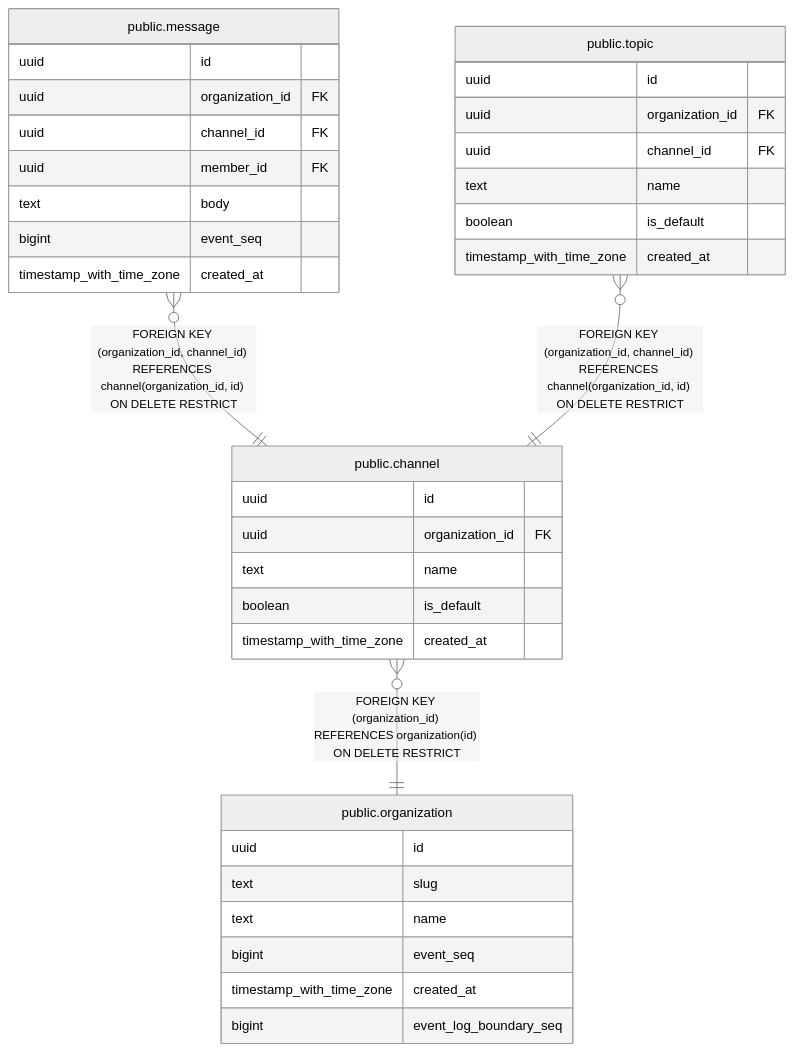
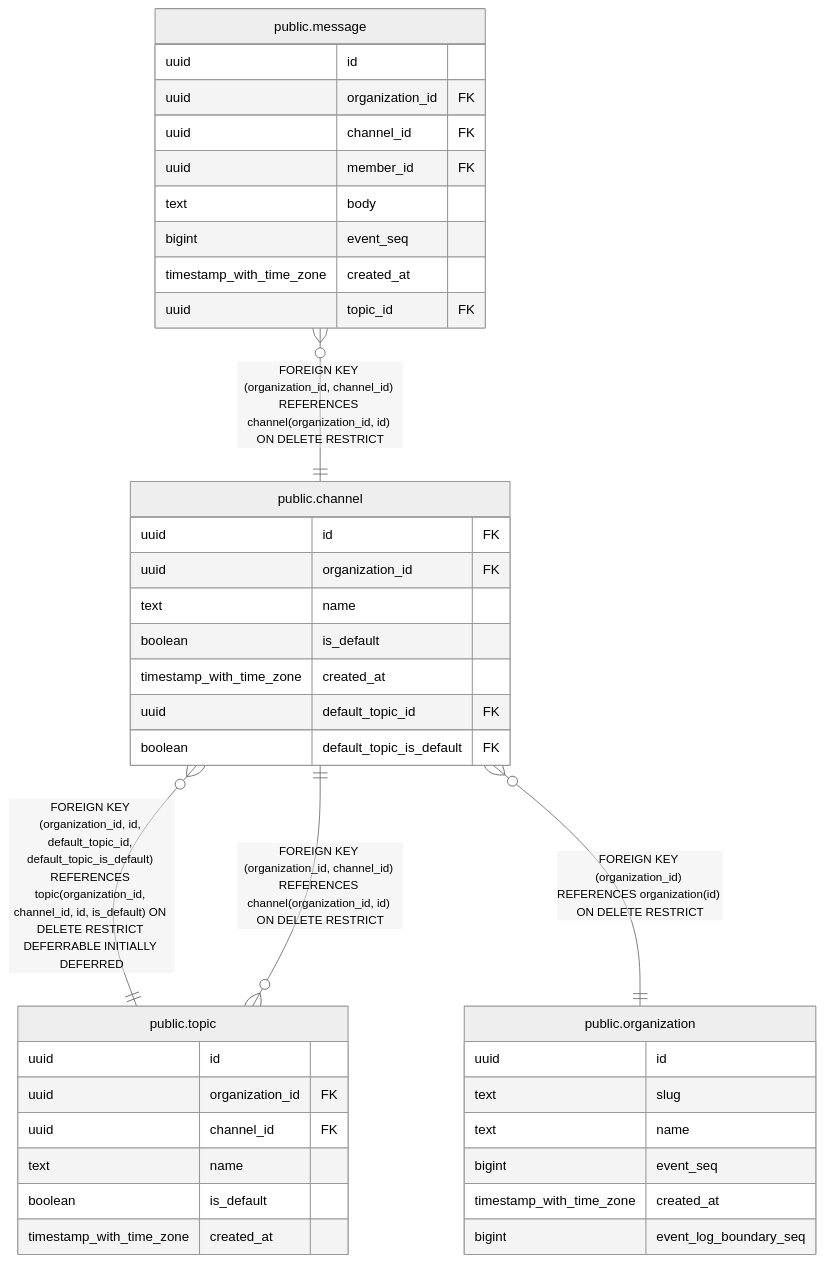
Before and after one commit to tkakkie/ribbitto: the diagram in docs/schema/public.channel.md, drawn with Mermaid (neutral theme). The commit also changed other lines of this file and 30 other files, not shown here.

First line of the commit message:
feat(topic): put every channel and message in a topic

````diff
--- a/docs/schema/public.channel.md
+++ b/docs/schema/public.channel.md
@@ -40,40 +46,44 @@
 ```mermaid
 erDiagram
 
+"public.channel" }o--|| "public.topic" : "FOREIGN KEY (organization_id, id, default_topic_id, default_topic_is_default) REFERENCES topic(organization_id, channel_id, id, is_default) ON DELETE RESTRICT DEFERRABLE INITIALLY DEFERRED"
 "public.message" }o--|| "public.channel" : "FOREIGN KEY (organization_id, channel_id) REFERENCES channel(organization_id, id) ON DELETE RESTRICT"
 "public.topic" }o--|| "public.channel" : "FOREIGN KEY (organization_id, channel_id) REFERENCES channel(organization_id, id) ON DELETE RESTRICT"
 "public.channel" }o--|| "public.organization" : "FOREIGN KEY (organization_id) REFERENCES organization(id) ON DELETE RESTRICT"
 
 "public.channel" {
+  uuid id FK
+  uuid organization_id FK
+  text name
+  boolean is_default
+  timestamp_with_time_zone created_at
+  uuid default_topic_id FK
+  boolean default_topic_is_default FK
+}
+"public.topic" {
   uuid id
   uuid organization_id FK
+  uuid channel_id FK
   text name
   boolean is_default
   timestamp_with_time_zone created_at
 }
 "public.message" {
   uuid id
   uuid organization_id FK
   uuid channel_id FK
   uuid member_id FK
   text body
   bigint event_seq
   timestamp_with_time_zone created_at
-}
-"public.topic" {
-  uuid id
-  uuid organization_id FK
-  uuid channel_id FK
-  text name
-  boolean is_default
-  timestamp_with_time_zone created_at
+  uuid topic_id FK
 }
 "public.organization" {
   uuid id
   text slug
   text name
   bigint event_seq
   timestamp_with_time_zone created_at
   bigint event_log_boundary_seq
 }
 ```
````
